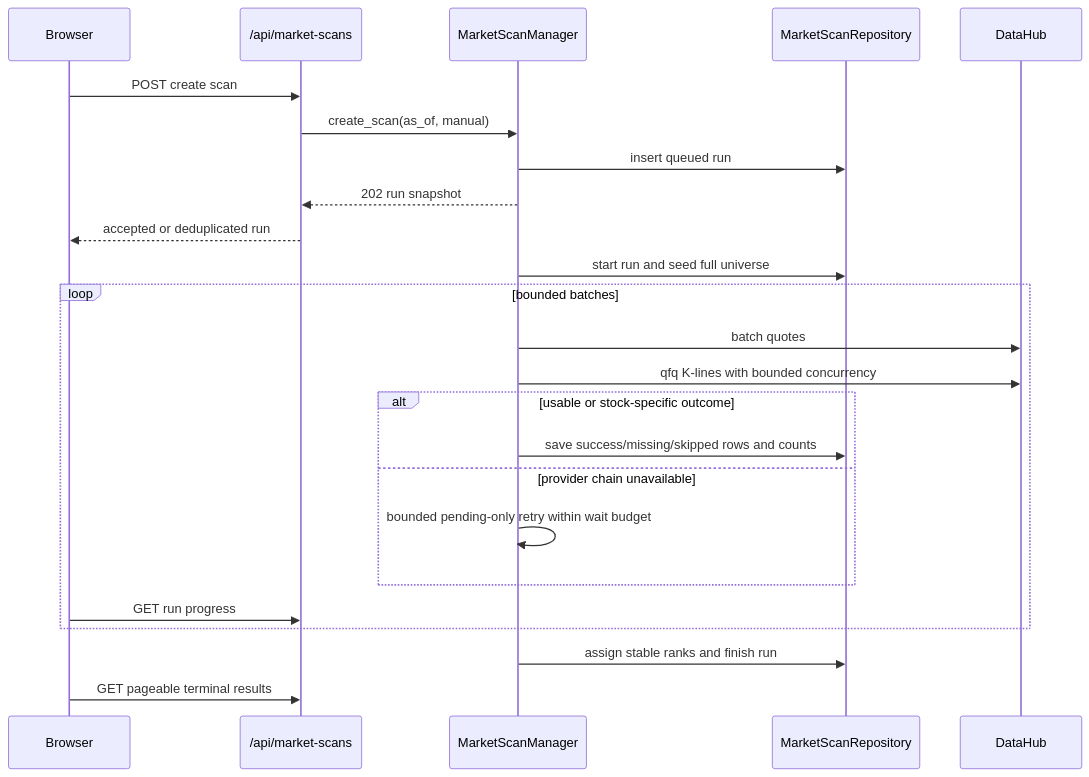
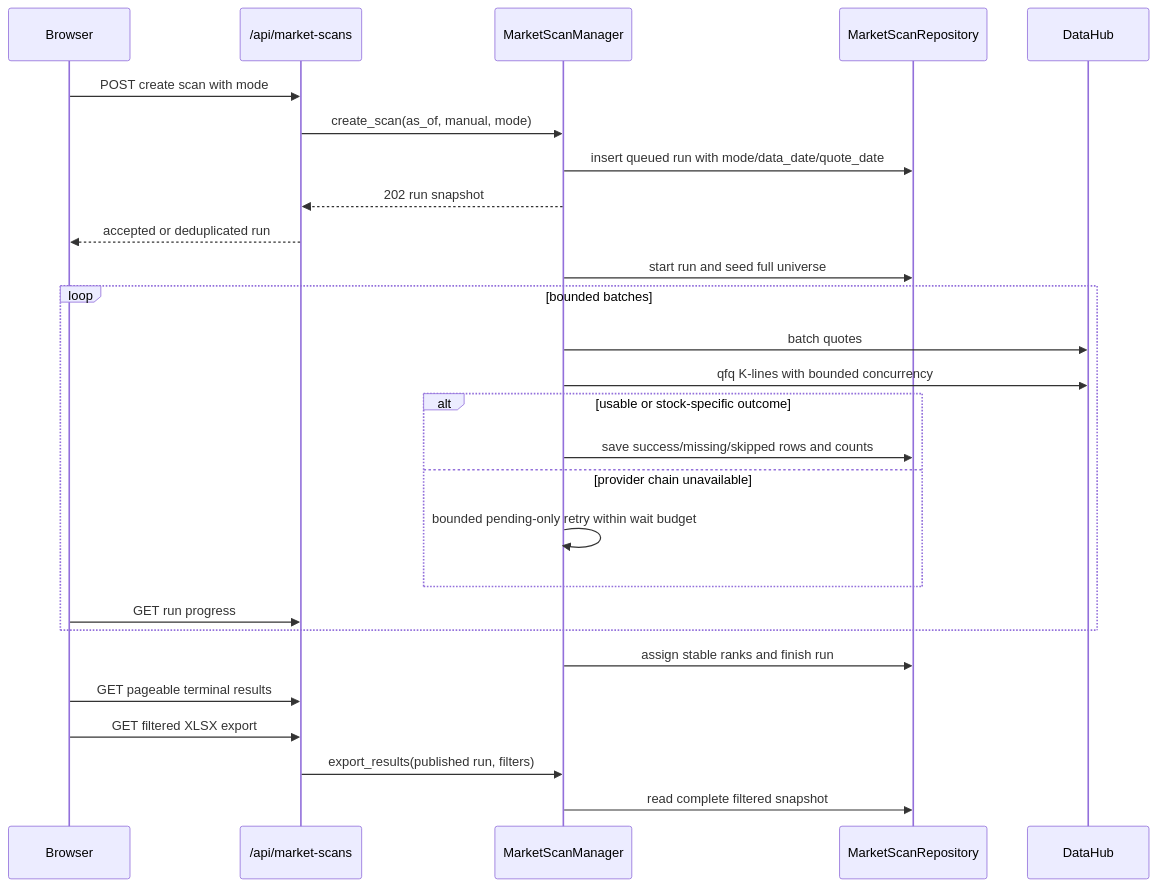
The third of 4 diagrams in docs/DESIGN.md (lizhenlab/AShareRadar), drawn with Mermaid before and after one commit. The commit also changed other lines of this file and 88 other files, not shown here.

````diff
--- a/docs/DESIGN.md
+++ b/docs/DESIGN.md
@@ -114,26 +114,29 @@
 ```mermaid
 sequenceDiagram
   participant UI as Browser
   participant API as /api/market-scans
   participant M as MarketScanManager
   participant DB as MarketScanRepository
   participant DH as DataHub
-  UI->>API: POST create scan
-  API->>M: create_scan(as_of, manual)
-  M->>DB: insert queued run
+  UI->>API: POST create scan with mode
+  API->>M: create_scan(as_of, manual, mode)
+  M->>DB: insert queued run with mode/data_date/quote_date
   M-->>API: 202 run snapshot
   API-->>UI: accepted or deduplicated run
   M->>DB: start run and seed full universe
   loop bounded batches
     M->>DH: batch quotes
     M->>DH: qfq K-lines with bounded concurrency
     alt usable or stock-specific outcome
       M->>DB: save success/missing/skipped rows and counts
     else provider chain unavailable
       M->>M: bounded pending-only retry within wait budget
     end
     UI->>API: GET run progress
   end
   M->>DB: assign stable ranks and finish run
   UI->>API: GET pageable terminal results
+  UI->>API: GET filtered XLSX export
+  API->>M: export_results(published run, filters)
+  M->>DB: read complete filtered snapshot
 ```
````
